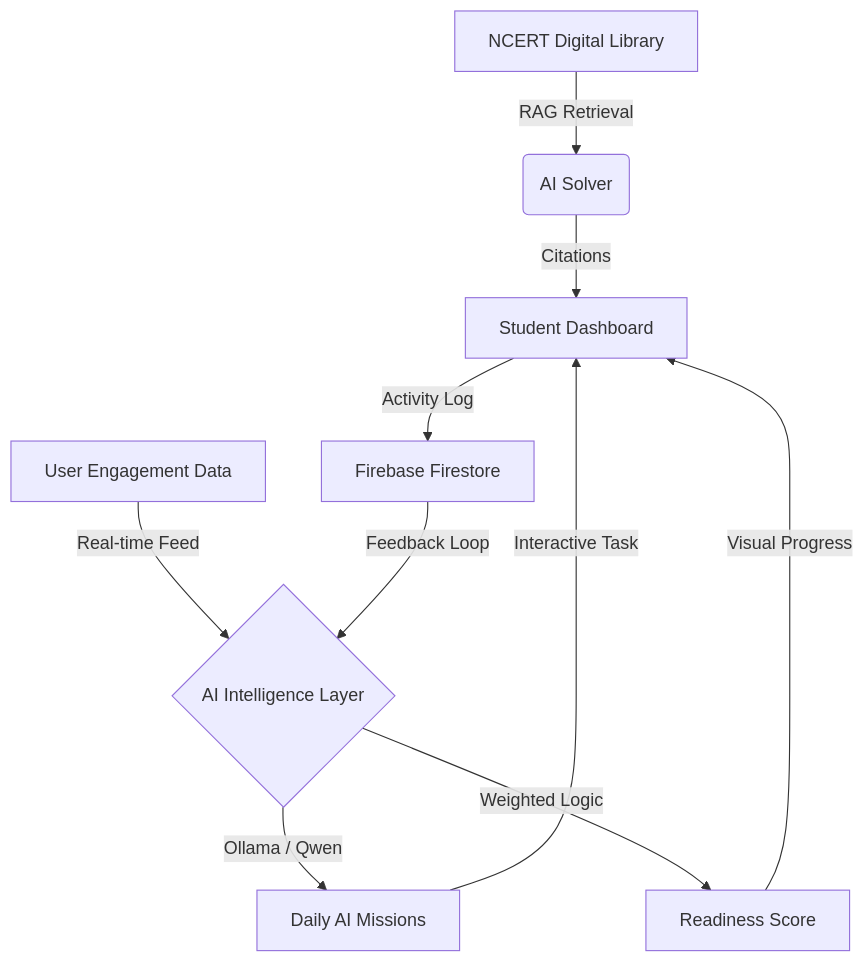
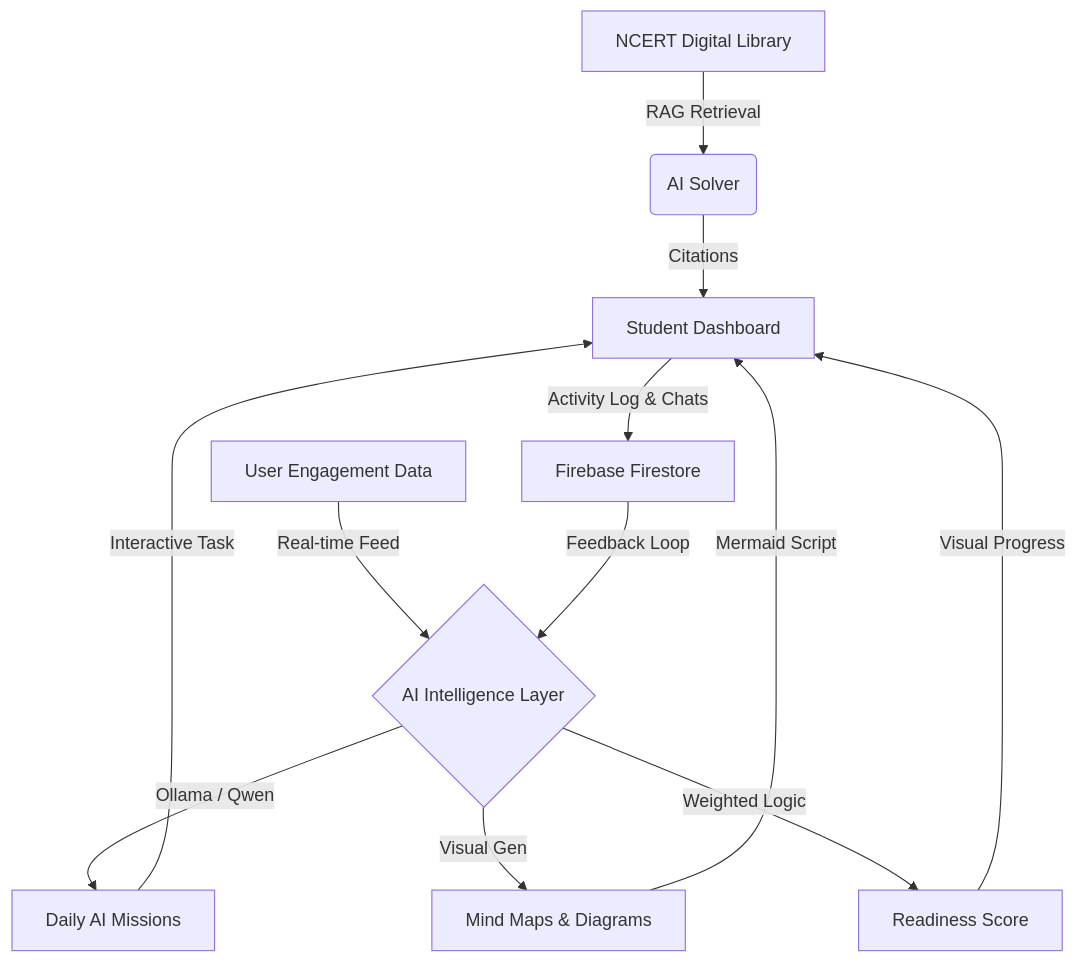
Before and after one commit to Yashwant00CR7/NCERT-Solver: the diagram in README.md, drawn with Mermaid. The commit also changed other lines of this file and 11 other files, not shown here.

Commit message:
feat: Add chat persistence, mind map saving, and robust assessment features

````diff
--- a/README.md
+++ b/README.md
@@ -24,12 +24,14 @@
 ```mermaid
 graph TD
     A[NCERT Digital Library] -->|RAG Retrieval| B(AI Solver)
     C[User Engagement Data] -->|Real-time Feed| D{AI Intelligence Layer}
     D -->|Ollama / Qwen| E[Daily AI Missions]
+    D -->|Visual Gen| I[Mind Maps & Diagrams]
     D -->|Weighted Logic| F[Readiness Score]
     E -->|Interactive Task| G[Student Dashboard]
     F -->|Visual Progress| G
     B -->|Citations| G
-    G -->|Activity Log| H[Firebase Firestore]
+    I -->|Mermaid Script| G
+    G -->|Activity Log & Chats| H[Firebase Firestore]
     H -->|Feedback Loop| D
 ```
````
